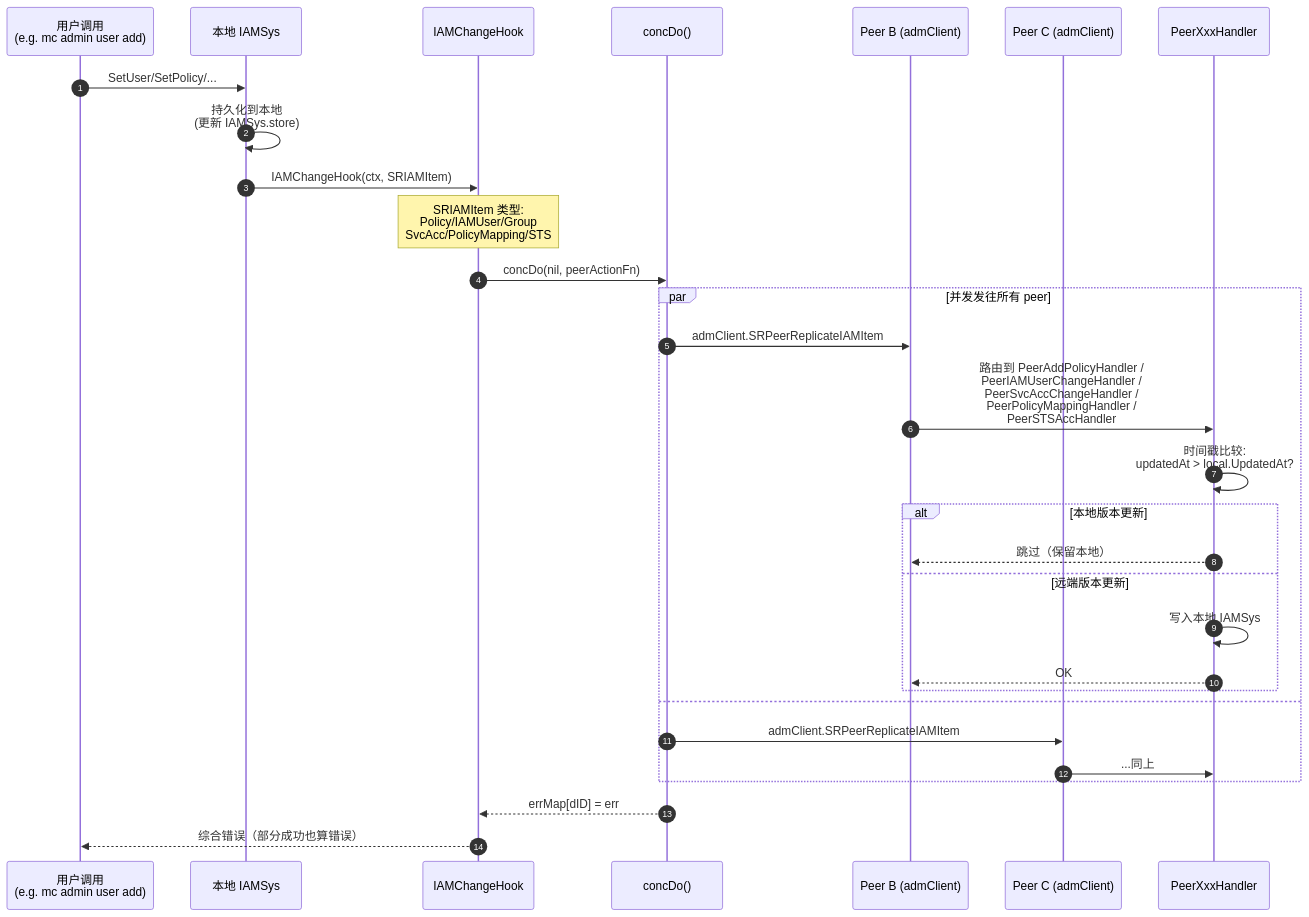
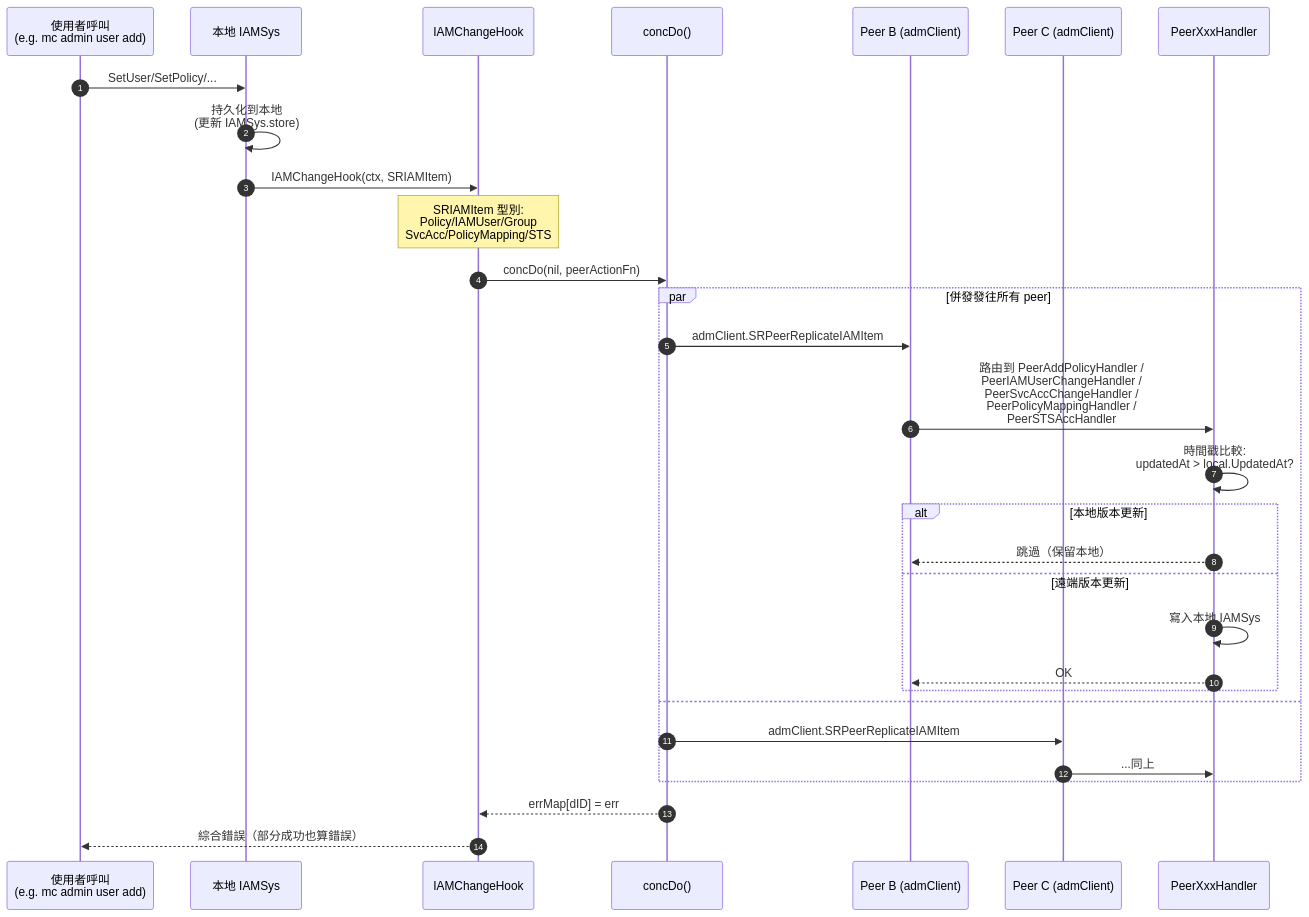
Before and after one commit to cysu01/minio: the sixth of 8 diagrams in repo-analysis/drafts/06-module-replication.md, drawn with Mermaid. The commit also changed other lines of this file and 14 other files, not shown here.

````diff
--- a/repo-analysis/drafts/06-module-replication.md
+++ b/repo-analysis/drafts/06-module-replication.md
@@ -539,33 +539,33 @@
 ```mermaid
 sequenceDiagram
     autonumber
-    participant Caller as 用户调用<br/>(e.g. mc admin user add)
+    participant Caller as 使用者呼叫<br/>(e.g. mc admin user add)
     participant Local as 本地 IAMSys
     participant Hook as IAMChangeHook
     participant ConcDo as concDo()
     participant PeerB as Peer B (admClient)
     participant PeerC as Peer C (admClient)
     participant PHandler as PeerXxxHandler
     
     Caller->>Local: SetUser/SetPolicy/...
     Local->>Local: 持久化到本地<br/>(更新 IAMSys.store)
     Local->>Hook: IAMChangeHook(ctx, SRIAMItem)
-    Note over Hook: SRIAMItem 类型:<br/>Policy/IAMUser/Group<br/>SvcAcc/PolicyMapping/STS
+    Note over Hook: SRIAMItem 型別:<br/>Policy/IAMUser/Group<br/>SvcAcc/PolicyMapping/STS
     Hook->>ConcDo: concDo(nil, peerActionFn)
-    par 并发发往所有 peer
+    par 併發發往所有 peer
         ConcDo->>PeerB: admClient.SRPeerReplicateIAMItem
         PeerB->>PHandler: 路由到 PeerAddPolicyHandler /<br/>PeerIAMUserChangeHandler /<br/>PeerSvcAccChangeHandler /<br/>PeerPolicyMappingHandler /<br/>PeerSTSAccHandler
-        PHandler->>PHandler: 时间戳比较:<br/>updatedAt > local.UpdatedAt?
+        PHandler->>PHandler: 時間戳比較:<br/>updatedAt > local.UpdatedAt?
         alt 本地版本更新
-            PHandler-->>PeerB: 跳过（保留本地）
-        else 远端版本更新
-            PHandler->>PHandler: 写入本地 IAMSys
+            PHandler-->>PeerB: 跳過（保留本地）
+        else 遠端版本更新
+            PHandler->>PHandler: 寫入本地 IAMSys
             PHandler-->>PeerB: OK
         end
     and
         ConcDo->>PeerC: admClient.SRPeerReplicateIAMItem
         PeerC->>PHandler: ...同上
     end
     ConcDo-->>Hook: errMap[dID] = err
-    Hook-->>Caller: 综合错误（部分成功也算错误）
+    Hook-->>Caller: 綜合錯誤（部分成功也算錯誤）
 ```
````
